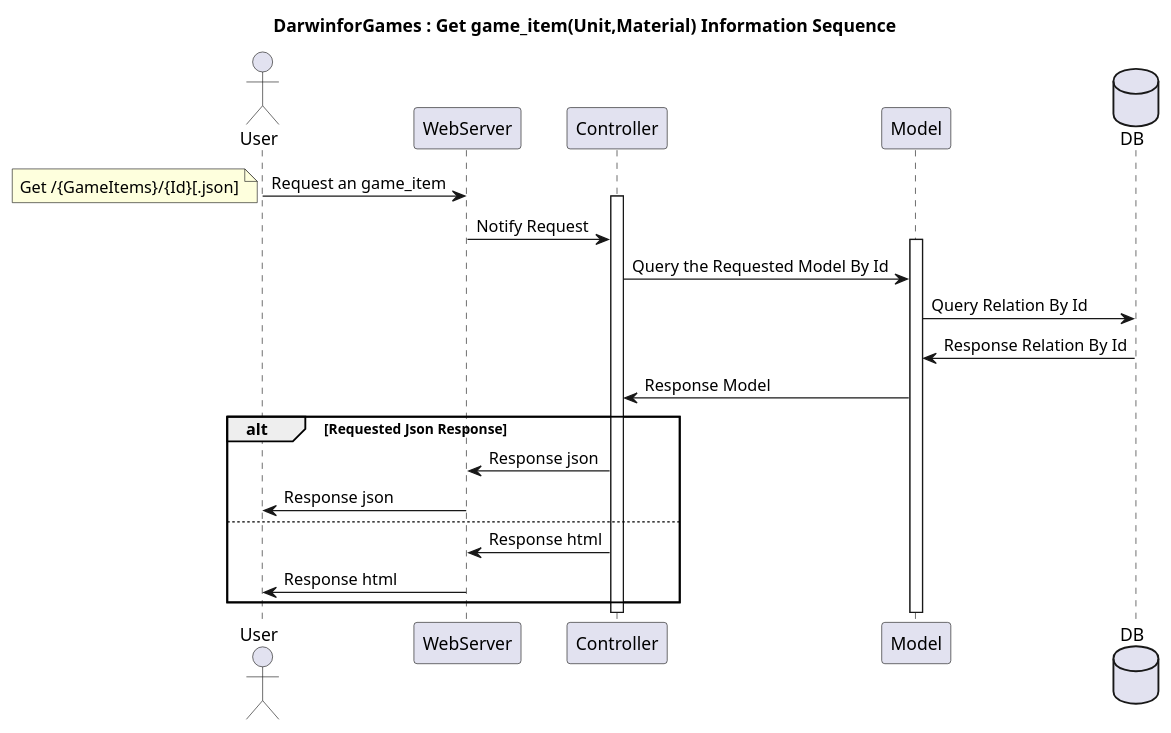
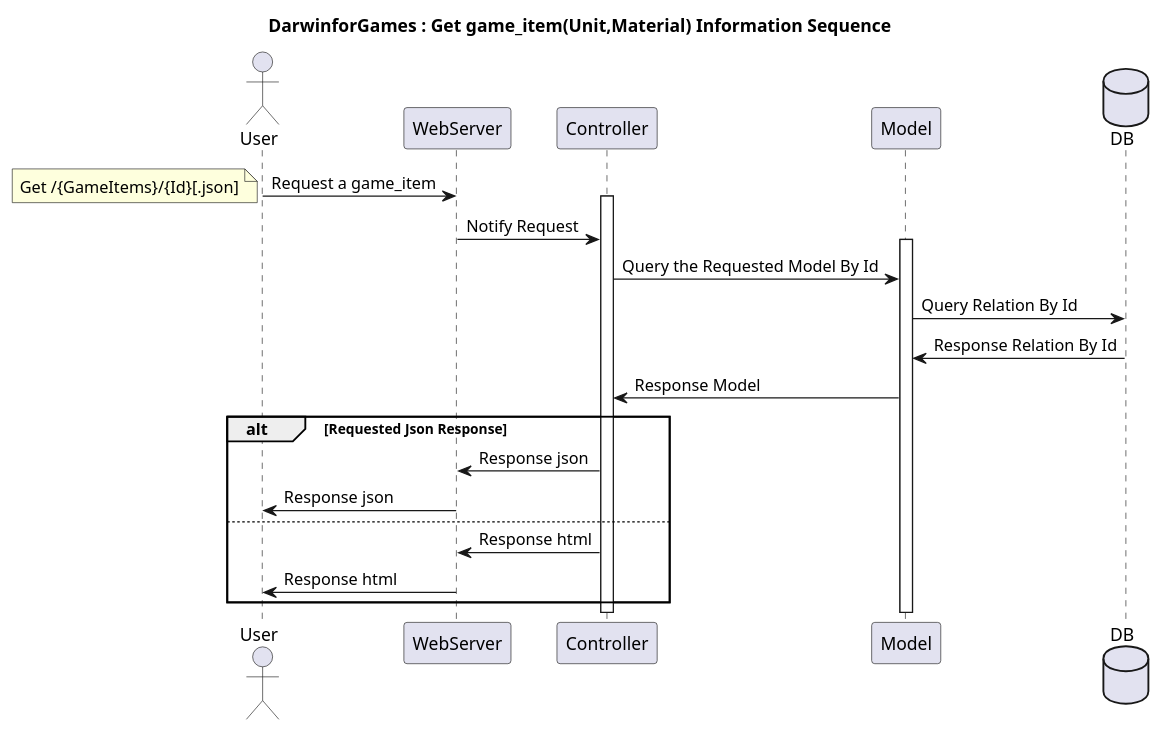
Before and after one commit to mmc-dev/DarwinforGames: the first of 2 diagrams in documents/DarwinforGamesUMLDiagrams.md, drawn with PlantUML.

Commit message:
doc:fix article

````diff
--- a/documents/DarwinforGamesUMLDiagrams.md
+++ b/documents/DarwinforGamesUMLDiagrams.md
@@ -7,34 +7,34 @@
 ```puml
 @startuml {GetGameItemInformationSequence.png}
 title DarwinforGames : Get game_item(Unit,Material) Information Sequence
 
 actor User
 
-User -> WebServer : Request an game_item
+User -> WebServer : Request a game_item
 
 note left:Get /{GameItems}/{Id}[.json]
 
 activate Controller
 
 WebServer -> Controller : Notify Request
 
 activate Model
 database DB
 
 Controller -> Model : Query the Requested Model By Id
 
 Model -> DB : Query Relation By Id
 
 DB -> Model : Response Relation By Id
 
 Model -> Controller : Response Model
 
 alt Requested Json Response
     Controller -> WebServer : Response json
     WebServer -> User : Response json
 else
     Controller -> WebServer : Response html
     WebServer -> User : Response html
 end
 @enduml
 ```
````
